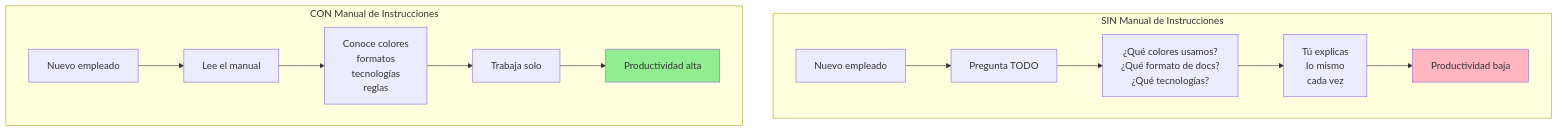
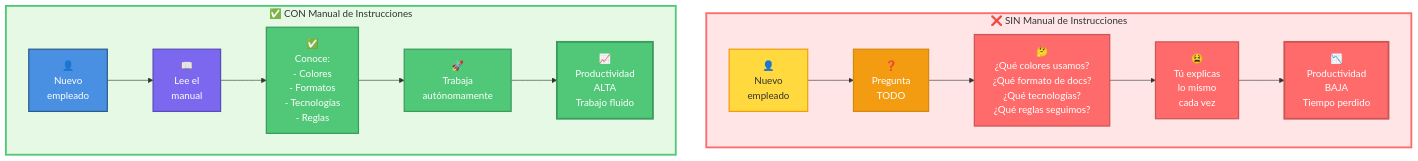
Before and after one commit to Ai-Whisperers/Courses-Content: the first of 8 diagrams in courses/🟡-development/FPUNA-2026/00-FUNDAMENTOS-PRINCIPALES/04-ingenieria-contexto.md, drawn with Mermaid. The commit also changed other lines of this file, not shown here.

First line of the commit message:
Complete all 9 diagrams in 04-ingenieria-contexto.md

````diff
--- a/courses/🟡-development/FPUNA-2026/00-FUNDAMENTOS-PRINCIPALES/04-ingenieria-contexto.md
+++ b/courses/🟡-development/FPUNA-2026/00-FUNDAMENTOS-PRINCIPALES/04-ingenieria-contexto.md
@@ -66,19 +66,31 @@
 ```mermaid
 graph TB
-    subgraph "SIN Manual de Instrucciones"
-        A1[Nuevo empleado] --> B1[Pregunta TODO]
-        B1 --> C1[¿Qué colores usamos?<br/>¿Qué formato de docs?<br/>¿Qué tecnologías?]
-        C1 --> D1[Tú explicas<br/>lo mismo<br/>cada vez]
-        D1 --> E1[Productividad baja]
+    subgraph without["❌ SIN Manual de Instrucciones"]
+        A1["👤<br/>Nuevo<br/>empleado"] --> B1["❓<br/>Pregunta<br/>TODO"]
+        B1 --> C1["🤔<br/>¿Qué colores usamos?<br/>¿Qué formato de docs?<br/>¿Qué tecnologías?<br/>¿Qué reglas seguimos?"]
+        C1 --> D1["😫<br/>Tú explicas<br/>lo mismo<br/>cada vez"]
+        D1 --> E1["📉<br/>Productividad<br/>BAJA<br/>Tiempo perdido"]
     end
     
-    subgraph "CON Manual de Instrucciones"
-        A2[Nuevo empleado] --> B2[Lee el manual]
-        B2 --> C2[Conoce colores<br/>formatos<br/>tecnologías<br/>reglas]
-        C2 --> D2[Trabaja solo]
-        D2 --> E2[Productividad alta]
+    subgraph with["✅ CON Manual de Instrucciones"]
+        A2["👤<br/>Nuevo<br/>empleado"] --> B2["📖<br/>Lee el<br/>manual"]
+        B2 --> C2["✅<br/>Conoce:<br/>- Colores<br/>- Formatos<br/>- Tecnologías<br/>- Reglas"]
+        C2 --> D2["🚀<br/>Trabaja<br/>autónomamente"]
+        D2 --> E2["📈<br/>Productividad<br/>ALTA<br/>Trabajo fluido"]
     end
     
-    style E1 fill:#FFB6C1
-    style E2 fill:#90EE90
+    style without fill:#FFE5E5,stroke:#FF6B6B,stroke-width:3px
+    style with fill:#E5F9E5,stroke:#50C878,stroke-width:3px
+    
+    style A1 fill:#FFD93D,stroke:#F39C12,stroke-width:2px,color:#333
+    style B1 fill:#F39C12,stroke:#D68910,stroke-width:2px,color:#fff
+    style C1 fill:#FF6B6B,stroke:#CC5555,stroke-width:2px,color:#fff
+    style D1 fill:#FF6B6B,stroke:#CC5555,stroke-width:2px,color:#fff
+    style E1 fill:#FF6B6B,stroke:#CC5555,stroke-width:3px,color:#fff
+    
+    style A2 fill:#4A90E2,stroke:#2E5C8A,stroke-width:2px,color:#fff
+    style B2 fill:#7B68EE,stroke:#5A4DB8,stroke-width:2px,color:#fff
+    style C2 fill:#50C878,stroke:#3A9B5C,stroke-width:2px,color:#fff
+    style D2 fill:#50C878,stroke:#3A9B5C,stroke-width:2px,color:#fff
+    style E2 fill:#50C878,stroke:#3A9B5C,stroke-width:3px,color:#fff
 ```
````
